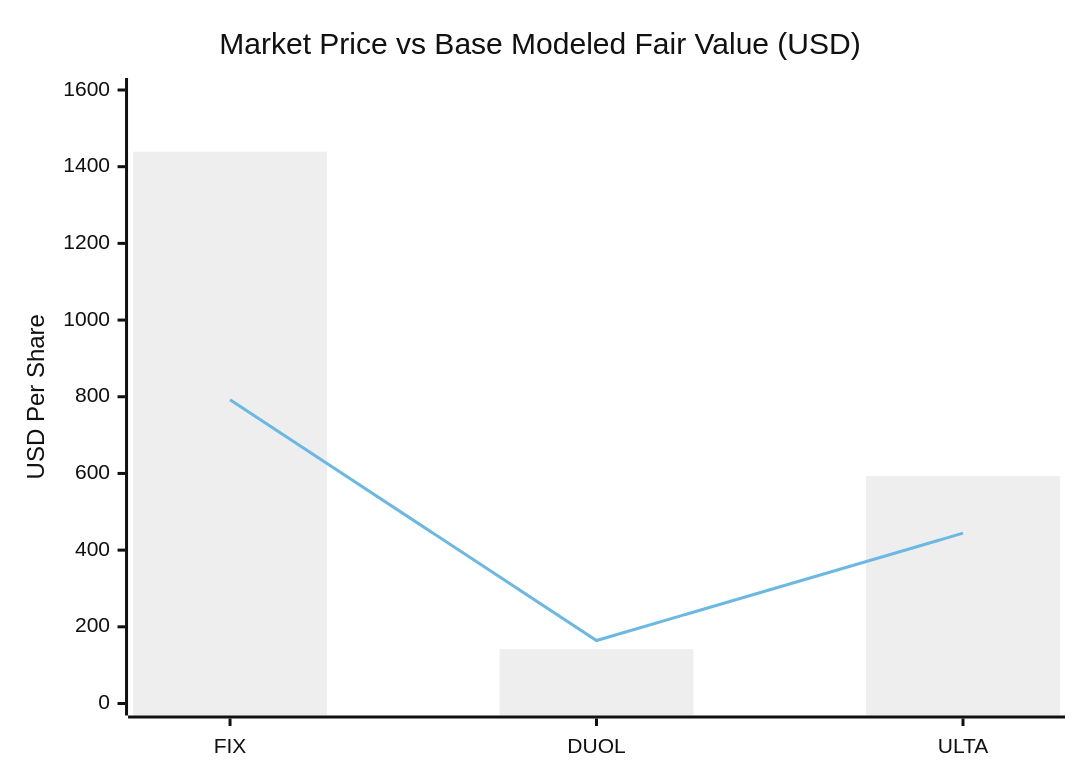
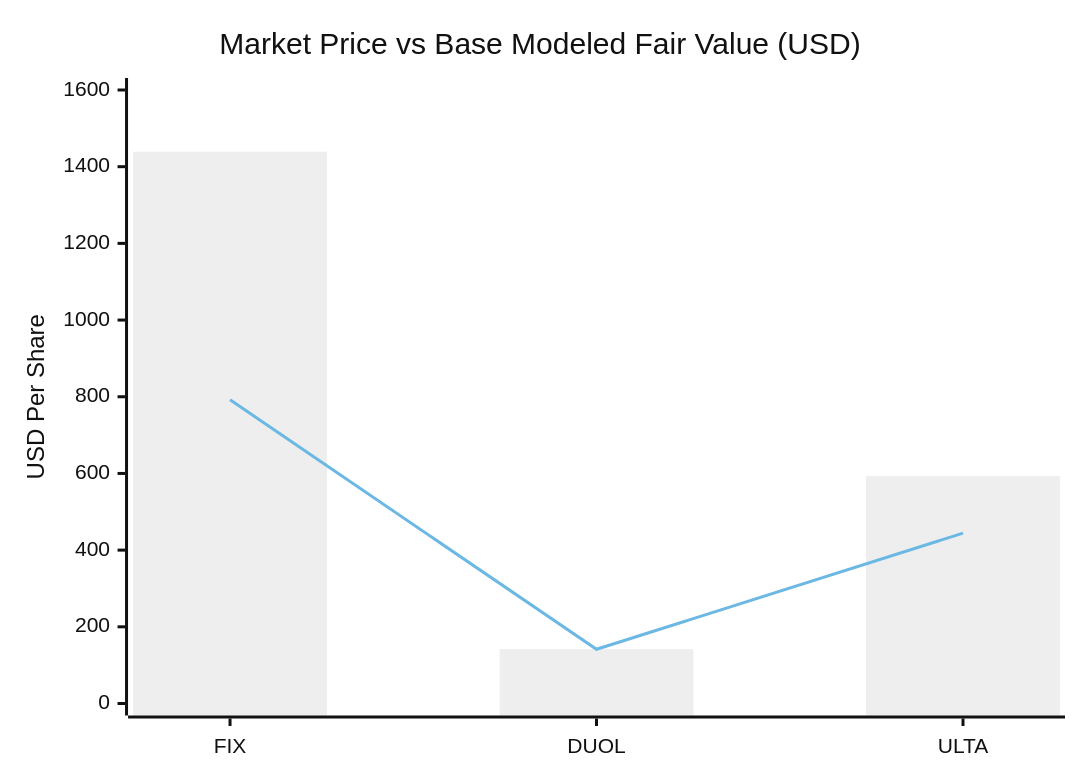
The second of 2 diagrams in THREE_COMPANY_UNDERVALUED_GROWTH_ASSESSMENTS.md (daakara/finance), drawn with Mermaid (neutral theme) before and after one commit. The commit also changed other lines of this file and 3 other files, not shown here.

````diff
--- a/THREE_COMPANY_UNDERVALUED_GROWTH_ASSESSMENTS.md
+++ b/THREE_COMPANY_UNDERVALUED_GROWTH_ASSESSMENTS.md
@@ -263,8 +278,8 @@
 ```mermaid
 xychart-beta
     title "Market Price vs Base Modeled Fair Value (USD)"
     x-axis ["FIX", "DUOL", "ULTA"]
     y-axis "USD Per Share" 0 --> 1600
     bar [1439.07, 141.76, 592.94]
-    line [792.12, 164.27, 444.23]
+    line [792.12, 141.39, 444.23]
 ```
````
